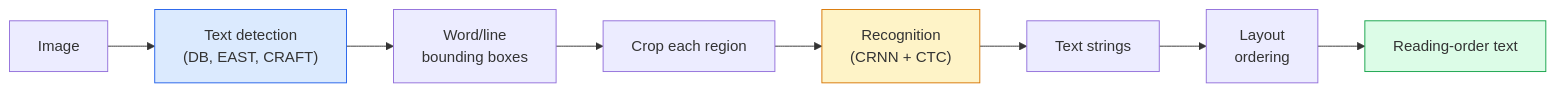
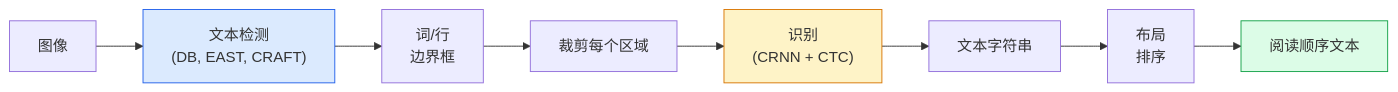
Before and after one commit to guangningsun/ailearning: the diagram in lessons/04-computer-vision/19-ocr-document-understanding/docs/zh.md, drawn with Mermaid. The commit also changed other lines of this file and 29 other files, not shown here.

````diff
--- a/lessons/04-computer-vision/19-ocr-document-understanding/docs/zh.md
+++ b/lessons/04-computer-vision/19-ocr-document-understanding/docs/zh.md
@@ -33,14 +33,14 @@
 ```mermaid
 flowchart LR
-    IMG["Image"] --> DET["Text detection<br/>(DB, EAST, CRAFT)"]
-    DET --> BOX["Word/line<br/>bounding boxes"]
-    BOX --> CROP["Crop each region"]
-    CROP --> REC["Recognition<br/>(CRNN + CTC)"]
-    REC --> TXT["Text strings"]
-    TXT --> LAY["Layout<br/>ordering"]
-    LAY --> OUT["Reading-order text"]
+    IMG["图像"] --> DET["文本检测<br/>(DB, EAST, CRAFT)"]
+    DET --> BOX["词/行<br/>边界框"]
+    BOX --> CROP["裁剪每个区域"]
+    CROP --> REC["识别<br/>(CRNN + CTC)"]
+    REC --> TXT["文本字符串"]
+    TXT --> LAY["布局<br/>排序"]
+    LAY --> OUT["阅读顺序文本"]
 
     style DET fill:#dbeafe,stroke:#2563eb
     style REC fill:#fef3c7,stroke:#d97706
     style OUT fill:#dcfce7,stroke:#16a34a
 ```
````
